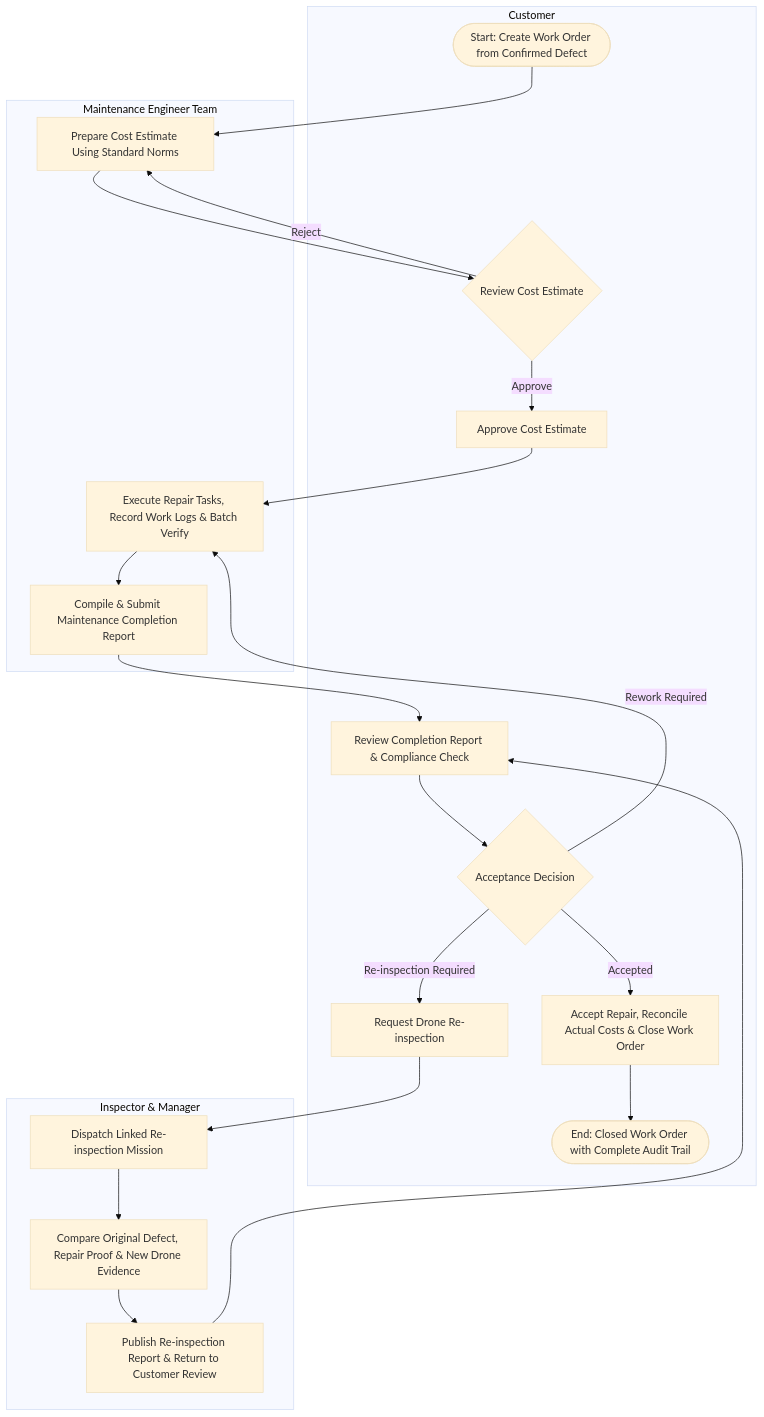
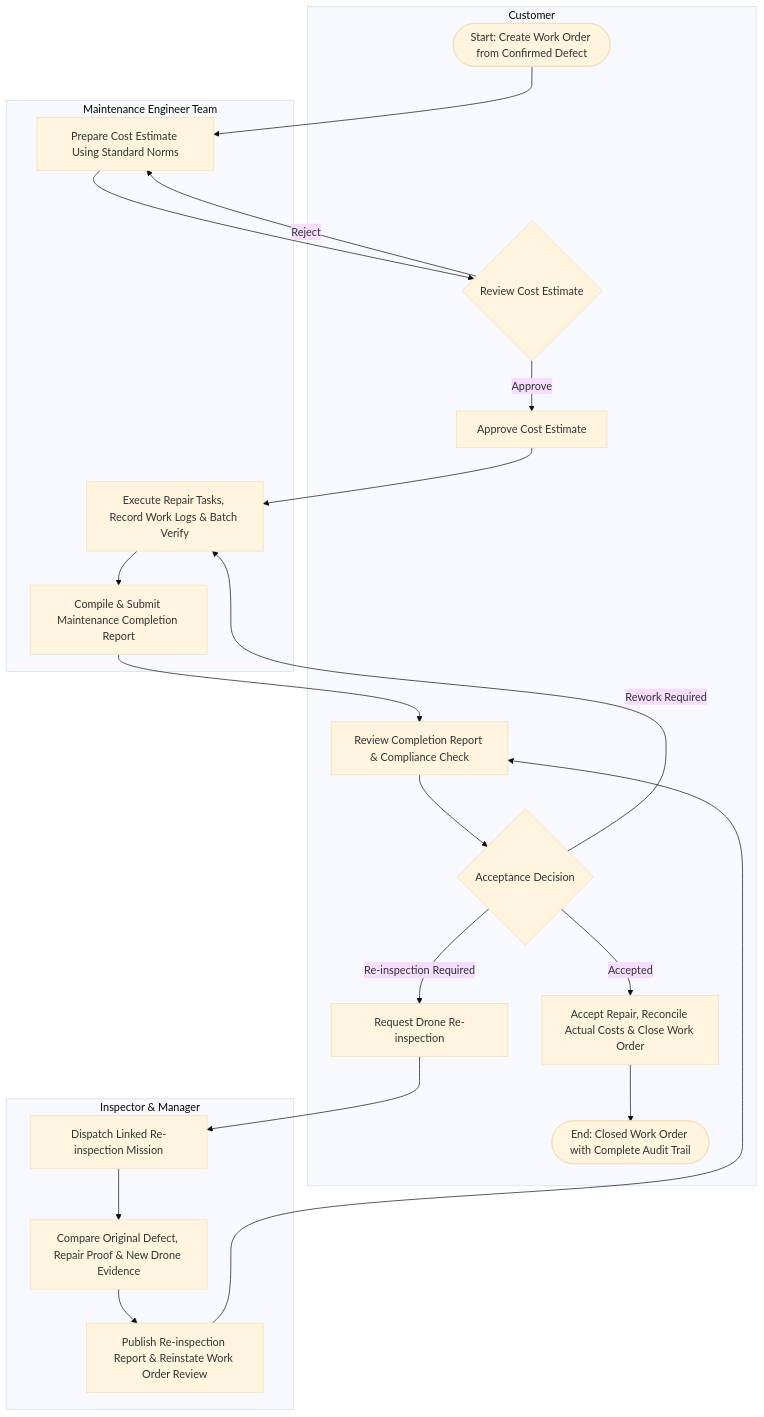
One commit to tungbach12/SmartDroneInspection-Docs changed diagram 23 of 23 in reports/report-4-software-design-document/03-detailed-design.md. Above: the diagram before and after it, drawn with Mermaid (base theme). The commit also changed other lines of this file and 101 other files, not shown here.

````diff
--- a/reports/report-4-software-design-document/03-detailed-design.md
+++ b/reports/report-4-software-design-document/03-detailed-design.md
@@ -965,33 +1066,33 @@
 ```mermaid
 %% title: WF-04 Activity Diagram - Maintenance Work Order, Re-inspection and Closure
 flowchart TD
   subgraph CU4["Customer"]
     D1(["Start: Create Work Order from Confirmed Defect"])
     D4{"Review Cost Estimate"}
     D5["Approve Cost Estimate"]
     D9["Review Completion Report & Compliance Check"]
     D10{"Acceptance Decision"}
     D11["Request Drone Re-inspection"]
     D15["Accept Repair, Reconcile Actual Costs & Close Work Order"]
     D16(["End: Closed Work Order with Complete Audit Trail"])
   end
 
   subgraph ME4["Maintenance Engineer Team"]
     D2["Prepare Cost Estimate Using Standard Norms"]
     D6["Execute Repair Tasks, Record Work Logs & Batch Verify"]
     D8["Compile & Submit Maintenance Completion Report"]
   end
 
   subgraph RI4["Inspector & Manager"]
     D12["Dispatch Linked Re-inspection Mission"]
     D13["Compare Original Defect, Repair Proof & New Drone Evidence"]
-    D14["Publish Re-inspection Report & Return to Customer Review"]
+    D14["Publish Re-inspection Report & Reinstate Work Order Review"]
   end
 
   D1 --> D2 --> D4
   D4 -->|"Reject"| D2
   D4 -->|"Approve"| D5 --> D6 --> D8 --> D9 --> D10
   D10 -->|"Rework Required"| D6
   D10 -->|"Re-inspection Required"| D11 --> D12 --> D13 --> D14 --> D9
   D10 -->|"Accepted"| D15 --> D16
 ```
````
